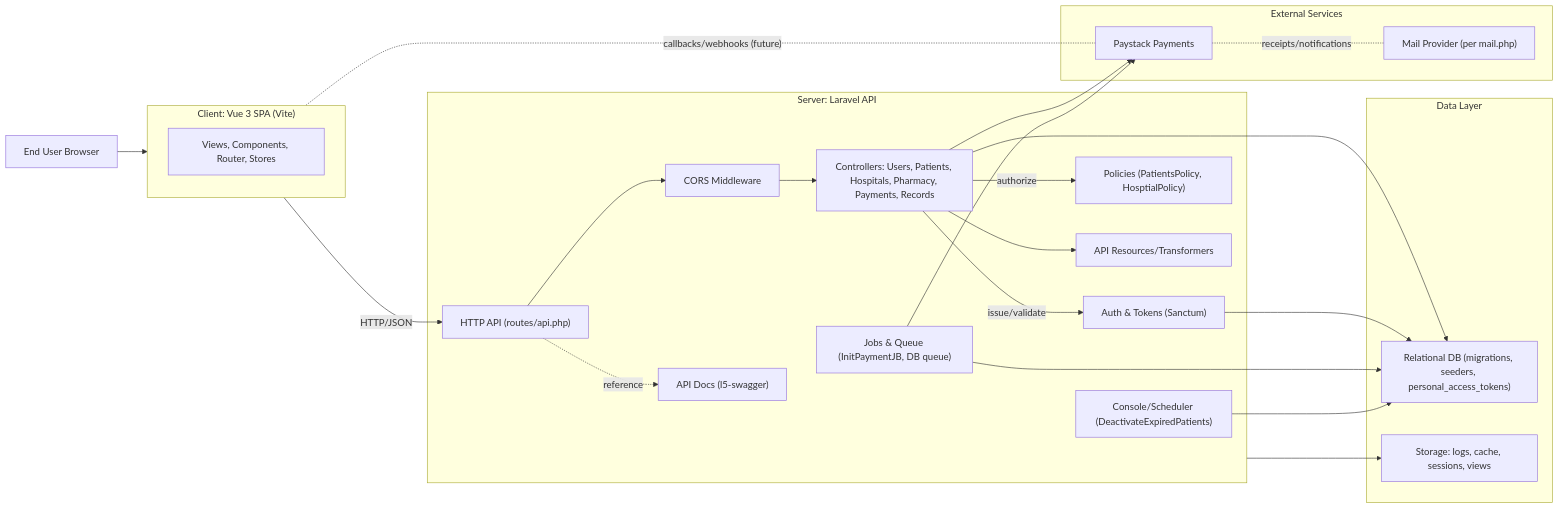
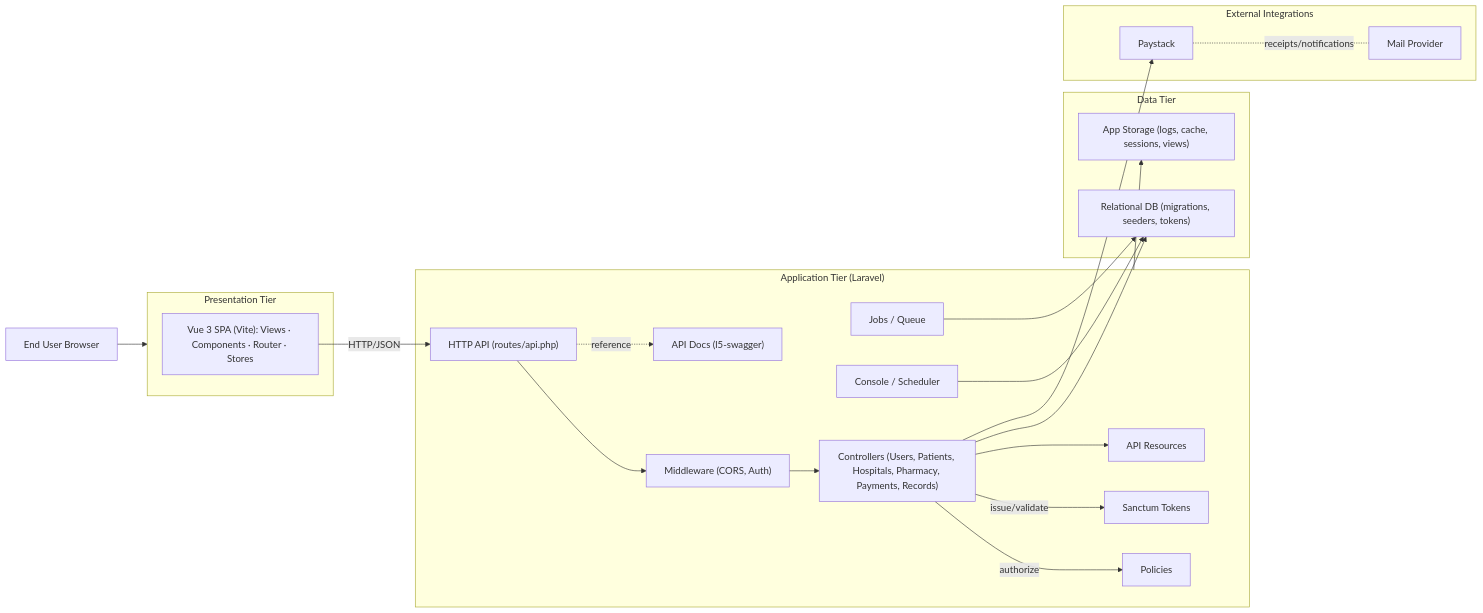
The diagram in system_architecture_diagram.md (Mr-Tetteh/FinalYearProject), drawn with Mermaid before and after one commit. The commit also changed 1 other file, not shown here.

Commit message:
diagram yodate

````diff
--- a/system_architecture_diagram.md
+++ b/system_architecture_diagram.md
@@ -3,56 +3,49 @@
 ```mermaid
 flowchart LR
+  %% Three-tier architecture: Presentation → Application → Data
+
   Browser["End User Browser"]
 
-  subgraph Client["Client: Vue 3 SPA (Vite)"]
-    UI["Views, Components, Router, Stores"]
+  subgraph Presentation["Presentation Tier"]
+    Client["Vue 3 SPA (Vite): Views · Components · Router · Stores"]
   end
 
-  subgraph Server["Server: Laravel API"]
+  subgraph Application["Application Tier (Laravel)"]
     API["HTTP API (routes/api.php)"]
-    MW["CORS Middleware"]
-    CTRLS["Controllers: Users, Patients, Hospitals, Pharmacy, Payments, Records"]
-    AUTH["Auth & Tokens (Sanctum)"]
-    POL["Policies (PatientsPolicy, HosptialPolicy)"]
-    RES["API Resources/Transformers"]
-    JOBS["Jobs & Queue (InitPaymentJB, DB queue)"]
-    CON["Console/Scheduler (DeactivateExpiredPatients)"]
+    MW["Middleware (CORS, Auth)"]
+    CTRLS["Controllers (Users, Patients, Hospitals, Pharmacy, Payments, Records)"]
+    AUTH["Sanctum Tokens"]
+    POL["Policies"]
+    RES["API Resources"]
+    JOBS["Jobs / Queue"]
+    CON["Console / Scheduler"]
     SWAG["API Docs (l5-swagger)"]
   end
 
-  subgraph Data["Data Layer"]
-    DB["Relational DB (migrations, seeders, personal_access_tokens)"]
-    STOR["Storage: logs, cache, sessions, views"]
+  subgraph Data["Data Tier"]
+    DB["Relational DB (migrations, seeders, tokens)"]
+    STOR["App Storage (logs, cache, sessions, views)"]
   end
 
-  subgraph External["External Services"]
-    PAY["Paystack Payments"]
-    MAIL["Mail Provider (per mail.php)"]
+  subgraph External["External Integrations"]
+    PAY["Paystack"]
+    MAIL["Mail Provider"]
   end
 
-  Browser --> Client
+  %% Flows across tiers
+  Browser --> Presentation
   Client -->|"HTTP/JSON"| API
-
-  API --> MW
-  MW --> CTRLS
-
+  API --> MW --> CTRLS
   CTRLS -->|"authorize"| POL
   CTRLS -->|"issue/validate"| AUTH
   CTRLS --> RES
   CTRLS --> DB
-  CTRLS --> PAY
-
-  AUTH --> DB
-
-  JOBS --> PAY
+  Application --> STOR
   JOBS --> DB
-
   CON --> DB
 
-  Server --> STOR
-
+  %% External interactions
+  CTRLS --> PAY
+  PAY -. receipts/notifications .- MAIL
   API -. reference .-> SWAG
-
-  PAY -. callbacks/webhooks (future) .- Client
-  PAY -. receipts/notifications .- MAIL
 ```
````
